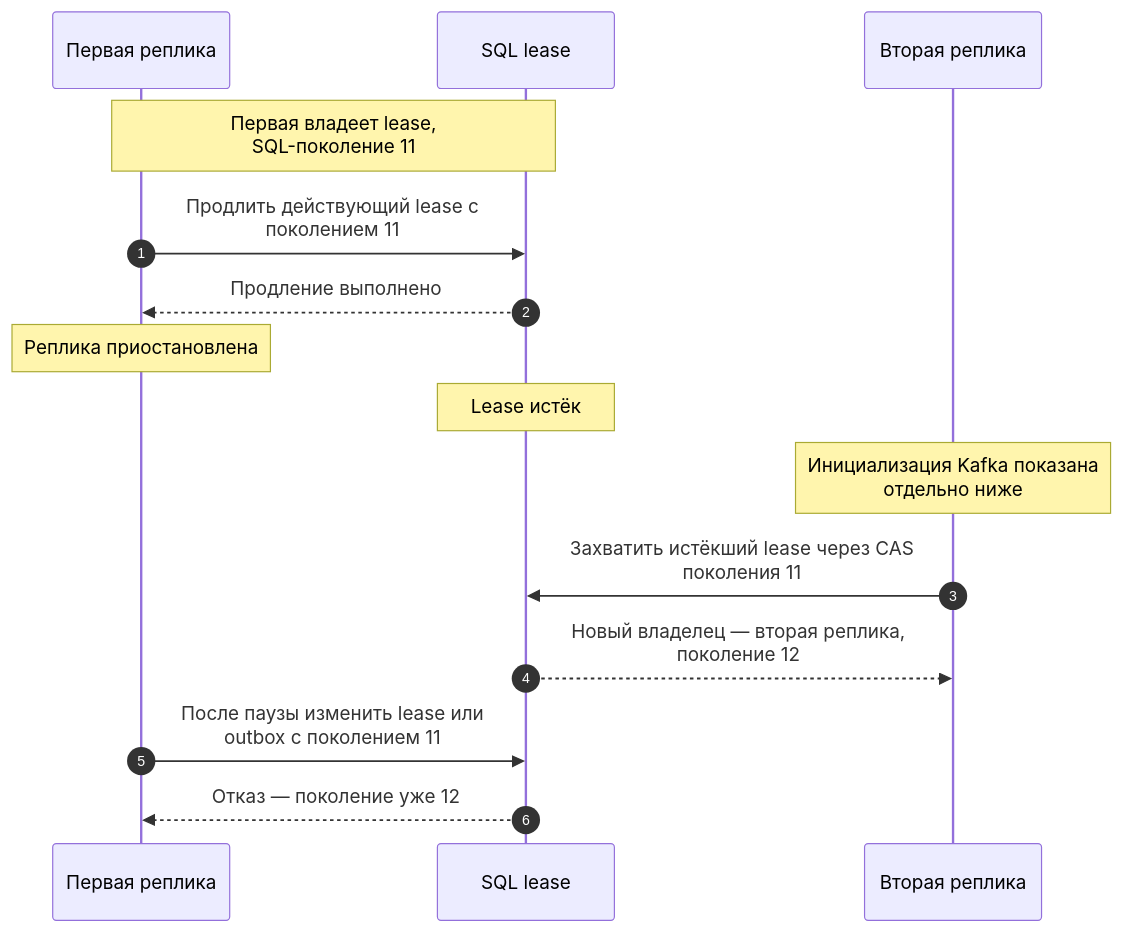
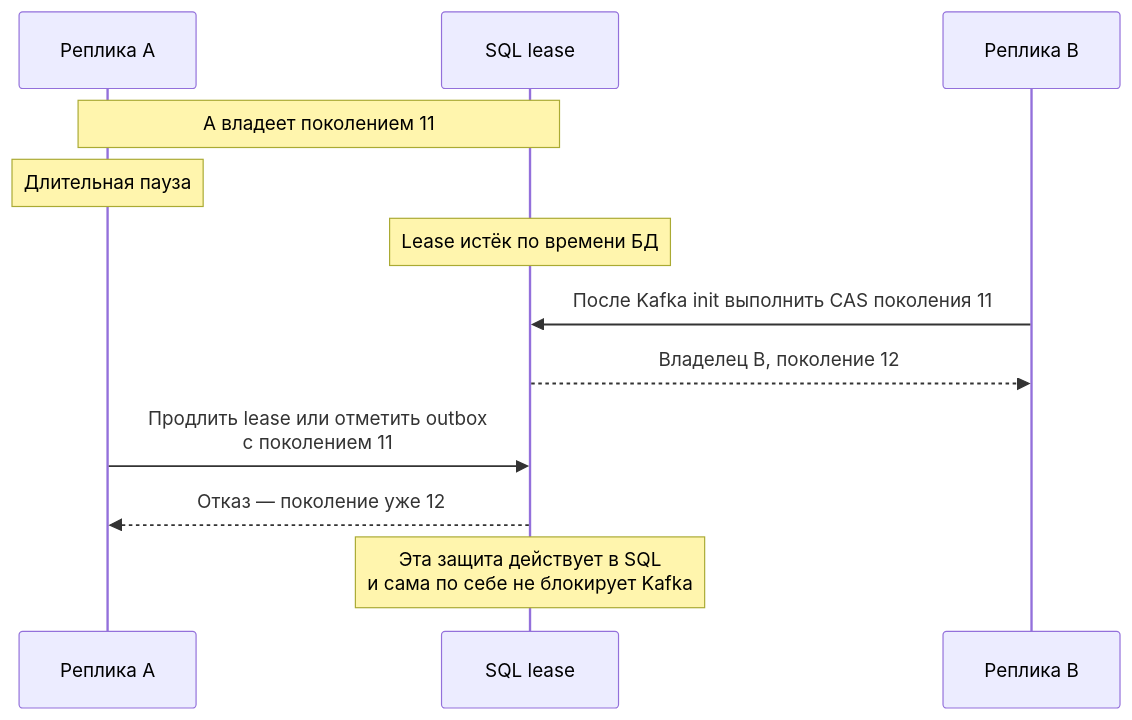
The second of 5 diagrams in docs/architecture/KAFKA_PUBLISHING.md (Includeoyasi/faultline-lab), drawn with Mermaid before and after one commit. The commit also changed other lines of this file, not shown here.

Commit message:
docs: prepare F09 publishing architecture decision

````diff
--- a/docs/architecture/KAFKA_PUBLISHING.md
+++ b/docs/architecture/KAFKA_PUBLISHING.md
@@ -56,17 +49,14 @@
 ```mermaid
 sequenceDiagram
-    autonumber
-    participant A as Первая реплика
+    participant A as Реплика A
     participant DB as SQL lease
-    participant B as Вторая реплика
-    Note over A,DB: Первая владеет lease,<br/>SQL-поколение 11
-    A->>DB: Продлить действующий lease с<br/>поколением 11
-    DB-->>A: Продление выполнено
-    Note over A: Реплика приостановлена
-    Note over DB: Lease истёк
-    Note over B: Инициализация Kafka показана<br/>отдельно ниже
-    B->>DB: Захватить истёкший lease через CAS<br/>поколения 11
-    DB-->>B: Новый владелец — вторая реплика,<br/>поколение 12
-    A->>DB: После паузы изменить lease или<br/>outbox с поколением 11
+    participant B as Реплика B
+    Note over A,DB: A владеет поколением 11
+    Note over A: Длительная пауза
+    Note over DB: Lease истёк по времени БД
+    B->>DB: После Kafka init выполнить CAS поколения 11
+    DB-->>B: Владелец B, поколение 12
+    A->>DB: Продлить lease или отметить outbox<br/>с поколением 11
     DB-->>A: Отказ — поколение уже 12
+    Note over DB: Эта защита действует в SQL<br/>и сама по себе не блокирует Kafka
 ```
````
